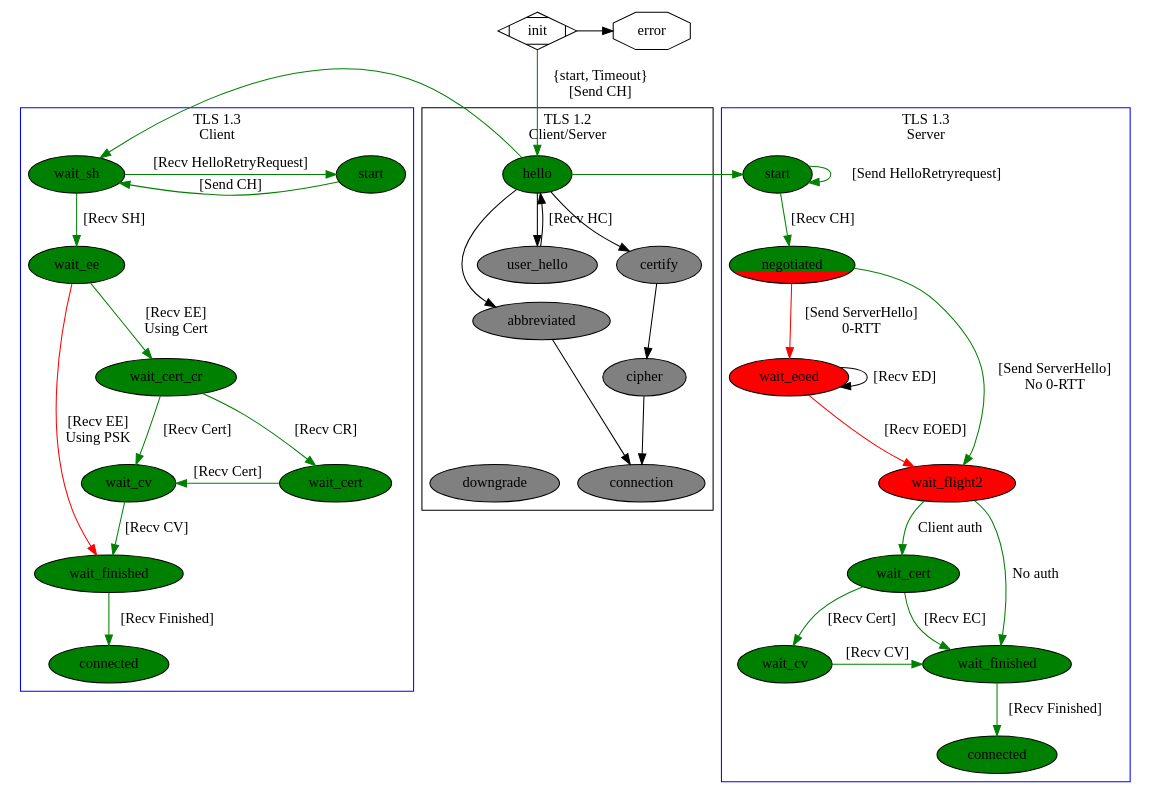
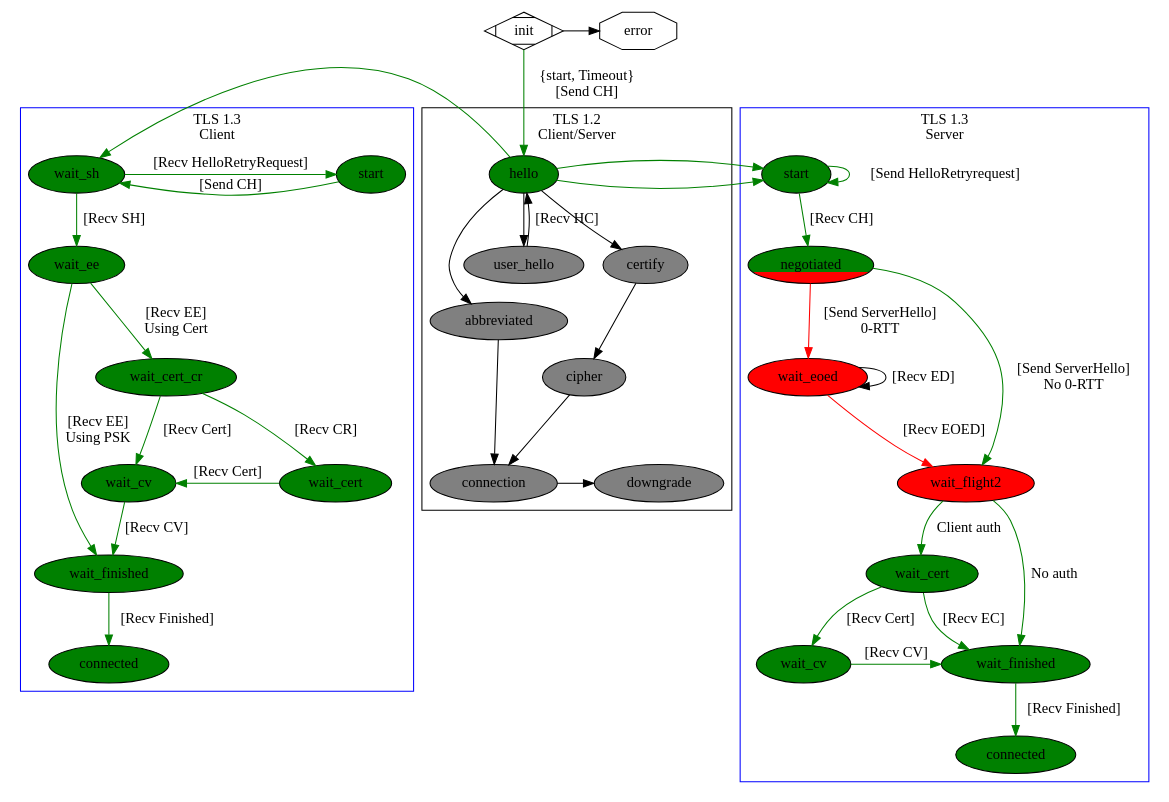
One commit to peterdmv/ssl-misc changed the diagram in diagrams/tls.gv. Above: the diagram before and after it, drawn with Graphviz. The commit also changed 1 other file, not shown here.

Commit message:
Update FSM diagram

```diff
--- a/diagrams/tls.gv
+++ b/diagrams/tls.gv
@@ -1,156 +1,158 @@
 digraph TLS {
 
         init [shape=Mdiamond];
 	error [shape=octagon];
 
 	init -> error [constraint=false];
 
 	subgraph cluster1 {
 		node [style=filled];
 
 		// TLS 1.3
 		tls13_client_start -> tls13_client_wait_sh
 		[label="[Send CH]",constraint=false,rankdir="RL",color=green];
 
 		tls13_client_wait_sh -> tls13_client_wait_ee
 		[label="[Recv SH]",color=green];
 		tls13_client_wait_sh -> tls13_client_start
 		[label="[Recv HelloRetryRequest]",constraint=false,rankdir="LR",color=green];
 
 		tls13_client_wait_ee -> tls13_client_wait_finished
-		[label="[Recv EE]\nUsing PSK",color=red];
+		[label="[Recv EE]\nUsing PSK",color=green];
 		tls13_client_wait_ee -> tls13_client_wait_cert_cr
 		[label="[Recv EE]\nUsing Cert",color=green];
 		tls13_client_wait_cert_cr -> tls13_client_wait_cv
 		[label="[Recv Cert]",color=green];
 		tls13_client_wait_cert_cr -> tls13_client_wait_cert
 		[label="[Recv CR]",color=green];
 		tls13_client_wait_cert -> tls13_client_wait_cv
 		[label="[Recv Cert]",constraint=false,color=green];
 		tls13_client_wait_cv -> tls13_client_wait_finished
 		[label="[Recv CV]",color=green];
 		tls13_client_wait_finished -> tls13_client_connected
 		[label="[Recv Finished]",color=green];
 
 		tls13_client_start [label="start",fillcolor=green];
 		tls13_client_wait_sh [label="wait_sh",color=black,fillcolor=green];
 		tls13_client_wait_ee [label="wait_ee",color=black,fillcolor=green];
 		tls13_client_wait_finished [label="wait_finished",color=black,fillcolor=green];
 		tls13_client_wait_cert_cr [label="wait_cert_cr",color=black,fillcolor=green];
 		tls13_client_wait_cv [label="wait_cv",color=black,fillcolor=green];
 		tls13_client_wait_cert [label="wait_cert",fillcolor=green];
 		tls13_client_connected [label="connected",color=black,fillcolor=green];
 
 		label="TLS 1.3\nClient"
 		color=blue;
 
 		// { rank = same; tls12_hello; tls13_client_start;}
 
 }
 
 	subgraph cluster0 {
 		node [style=filled,color=black,fillcolor=grey];
 		color=lightgrey;
 		// hello [style=filled,color=black,fillcolor=green];
 
 		// {rank=same; tls12_hello; tls13_client_start; }
 		tls12_hello -> tls13_client_wait_sh
 		[constraint=false,color=green,rank=same];
 
 		tls12_hello -> tls12_abbreviated;
 		tls12_hello -> tls12_user_hello;
 		tls12_hello -> tls12_certify;
 
 
 
 		tls12_user_hello -> tls12_hello [label="[Recv HC]",constraint=false];
 
 		tls12_abbreviated -> tls12_connection;
 
 
 		tls12_certify -> tls12_cipher;
 		tls12_cipher -> tls12_connection;
+
+		tls12_connection -> tls12_downgrade;
 
 		tls12_hello [label="hello",style=filled,color=black,fillcolor=green];
 		tls12_user_hello [label="user_hello"];
 		tls12_abbreviated [label="abbreviated"];
 		tls12_certify [label="certify"];
 		tls12_cipher [label="cipher"];
 		tls12_connection [label="connection"];
 		tls12_downgrade [label="downgrade"];
 
 		label="TLS 1.2\nClient/Server";
 		color=black;
 
 		{rank=same; tls12_downgrade; tls12_connection; }
 
 
 
 	}
 
 
 
 	subgraph cluster2 {
 		node [style=filled,color=black,fillcolor=grey];
 
 		// tls12_hello -> tls13_server_start [label="[Recv CH]",constraint=false];
 
 		// { rank = same; tls12_hello; tls13_server_start;}
 		tls12_hello -> tls13_server_start
 		[constraint=false,color=green,rank=same];
 
 		tls13_server_start -> tls13_server_negotiated
 		[label="[Recv CH]",color=green];
 		tls13_server_start -> tls13_server_start
 		[label="[Send HelloRetryrequest]",constraint=false,color=green];
 
 		// tls13_server_recvd_ch -> tls13_server_negotiated [label="Select params"];
 
 		tls13_server_negotiated -> tls13_server_wait_eoed
 		[label="[Send ServerHello]\n0-RTT",color=red];
 		tls13_server_negotiated -> tls13_server_wait_flight2
 		[label="[Send ServerHello]\nNo 0-RTT",color=green];
 
 		tls13_server_wait_eoed -> tls13_server_wait_eoed [label="[Recv ED]"];
 		tls13_server_wait_eoed -> tls13_server_wait_flight2 [label="[Recv EOED]",color=red];
 
 		tls13_server_wait_flight2 -> tls13_server_wait_cert
 		[label="Client auth",color=green];
 		tls13_server_wait_flight2 -> tls13_server_wait_finished
 		[label="No auth",color=green];
 
 		tls13_server_wait_cert -> tls13_server_wait_cv [label="[Recv Cert]",color=green];
 		tls13_server_wait_cert -> tls13_server_wait_finished
 		[label="[Recv EC]",color=green];
 		tls13_server_wait_cv -> tls13_server_wait_finished
 		[label="[Recv CV]",constraint=false,color=green];
 
 		tls13_server_wait_finished -> tls13_server_connected
 		[label="[Recv Finished]",color=green];
 
 		tls13_server_start
 		[label="start",fillcolor="green"];
 		// tls13_server_recvd_ch [label="recvd_ch"];
 		tls13_server_negotiated
 		[label="negotiated",fillcolor="green;0.7:red",gradientangle=270];
 		tls13_server_wait_eoed [label="wait_eoed",fillcolor=red];
 		tls13_server_wait_flight2 [label="wait_flight2",fillcolor="red",
 					   gradientangle=270];
 		tls13_server_wait_cert [label="wait_cert",fillcolor=green];
 		tls13_server_wait_cv [label="wait_cv",fillcolor=green];
 		tls13_server_wait_finished [label="wait_finished",fillcolor=green];
 		tls13_server_connected [label="connected",fillcolor=green];
 
 		label="TLS 1.3\nServer"
 		color=blue;
 
 
 
         }
         init -> tls12_hello [label="{start, Timeout}\n[Send CH]",color=green];
 
 	// Workaround to keep node ordering
 	init -> tls13_client_wait_sh [label="[Send CH]",style=invis];
 	init -> tls13_server_start [label="[Send CH]",style=invis];
 
 }
```
